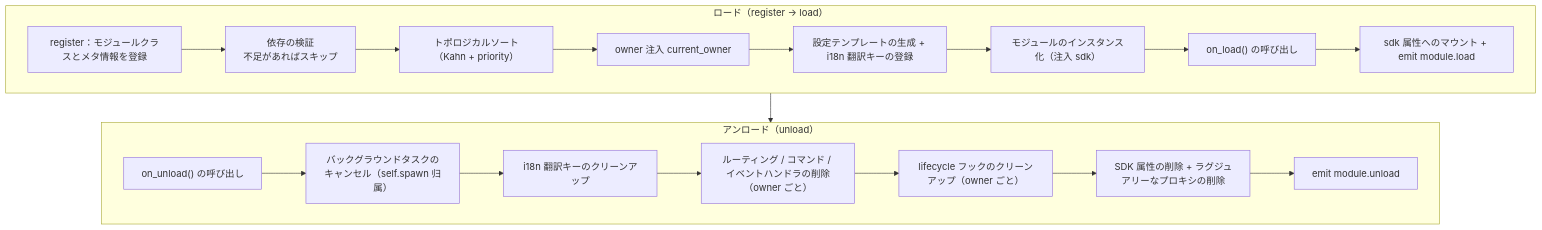
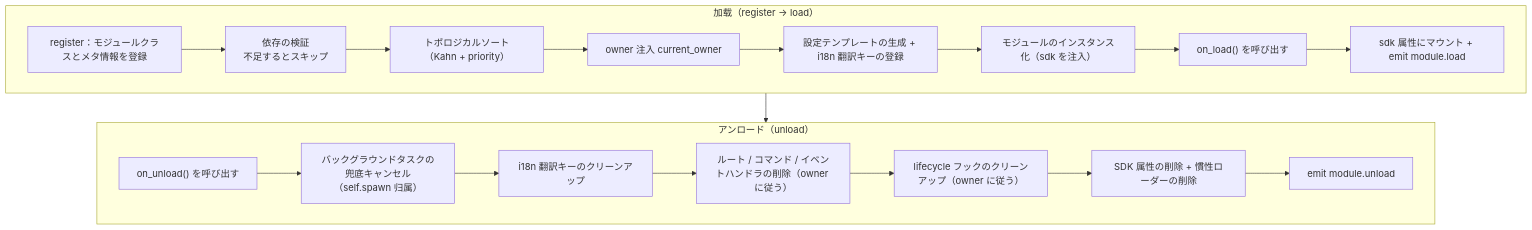
The diagram in docs/ja/developer-guide/modules/core-concepts.md (ErisPulse/ErisPulse), drawn with Mermaid before and after one commit. The commit also changed other lines of this file and 622 other files, not shown here.

````diff
--- a/docs/ja/developer-guide/modules/core-concepts.md
+++ b/docs/ja/developer-guide/modules/core-concepts.md
@@ -90,23 +90,23 @@
 ```mermaid
 flowchart TD
-    subgraph Load["ロード（register → load）"]
-        L1["register：モジュールクラスとメタ情報を登録"] --> L2["依存の検証<br/>不足があればスキップ"]
+    subgraph Load["加载（register → load）"]
+        L1["register：モジュールクラスとメタ情報を登録"] --> L2["依存の検証<br/>不足するとスキップ"]
         L2 --> L3["トポロジカルソート（Kahn + priority）"]
         L3 --> L4["owner 注入 current_owner"]
         L4 --> L5["設定テンプレートの生成 + i18n 翻訳キーの登録"]
-        L5 --> L6["モジュールのインスタンス化（注入 sdk）"]
-        L6 --> L7["on_load() の呼び出し"]
-        L7 --> L8["sdk 属性へのマウント + emit module.load"]
+        L5 --> L6["モジュールのインスタンス化（sdk を注入）"]
+        L6 --> L7["on_load() を呼び出す"]
+        L7 --> L8["sdk 属性にマウント + emit module.load"]
     end
 
     subgraph Unload["アンロード（unload）"]
-        U1["on_unload() の呼び出し"] --> U2["バックグラウンドタスクのキャンセル（self.spawn 归属）"]
+        U1["on_unload() を呼び出す"] --> U2["バックグラウンドタスクの兜底キャンセル（self.spawn 归属）"]
         U2 --> U3["i18n 翻訳キーのクリーンアップ"]
-        U3 --> U4["ルーティング / コマンド / イベントハンドラの削除（owner ごと）"]
-        U4 --> U5["lifecycle フックのクリーンアップ（owner ごと）"]
-        U5 --> U6["SDK 属性の削除 + ラグジュアリーなプロキシの削除"]
+        U3 --> U4["ルート / コマンド / イベントハンドラの削除（owner に従う）"]
+        U4 --> U5["lifecycle フックのクリーンアップ（owner に従う）"]
+        U5 --> U6["SDK 属性の削除 + 慣性ローダーの削除"]
         U6 --> U7["emit module.unload"]
     end
 
     Load --> Unload
 ```
````
